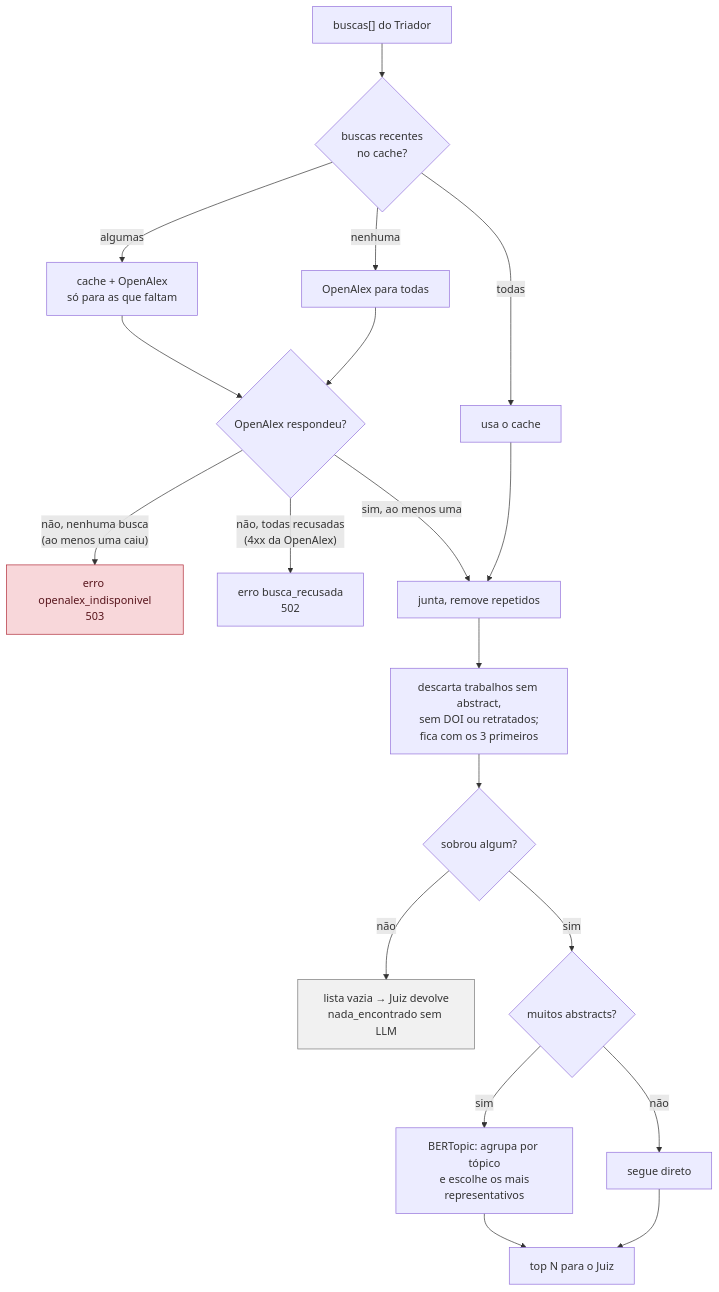
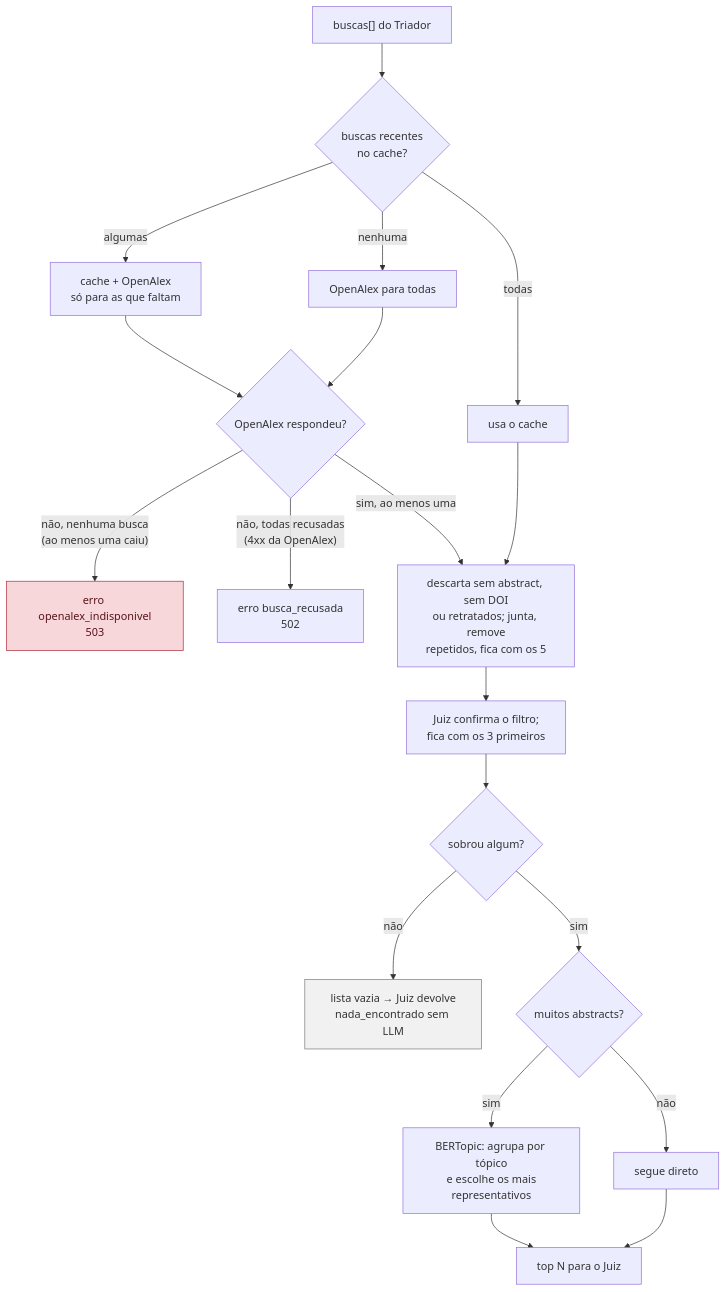
One commit to unb-Sistemas-de-Machine-learning/challenge_1_arial_12 changed diagram 18 of 21 in docs/pages/fluxo_agentes.md. Above: the diagram before and after it, drawn with Mermaid. The commit also changed 4 other files, not shown here.

````diff
--- a/docs/pages/fluxo_agentes.md
+++ b/docs/pages/fluxo_agentes.md
@@ -566,26 +566,26 @@
 ```mermaid
 flowchart TD
     A["buscas[] do Triador"] --> B{"buscas recentes<br/>no cache?"}
     B -- "todas" --> C["usa o cache"]
     B -- "algumas" --> D["cache + OpenAlex<br/>só para as que faltam"]
     B -- "nenhuma" --> E["OpenAlex para todas"]
     D --> F
     E --> F{"OpenAlex respondeu?"}
     F -- "não, nenhuma busca<br/>(ao menos uma caiu)" --> ERR["erro openalex_indisponivel<br/>503"]
     F -- "não, todas recusadas<br/>(4xx da OpenAlex)" --> ERR2["erro busca_recusada<br/>502"]
-    F -- "sim, ao menos uma" --> G["junta, remove repetidos"]
+    F -- "sim, ao menos uma" --> G["descarta sem abstract, sem DOI<br/>ou retratados; junta, remove<br/>repetidos, fica com os 5"]
     C --> G
-    G --> H["descarta trabalhos sem abstract,<br/>sem DOI ou retratados;<br/>fica com os 3 primeiros"]
+    G --> H["Juiz confirma o filtro;<br/>fica com os 3 primeiros"]
     H --> I{"sobrou algum?"}
     I -- não --> V["lista vazia → Juiz devolve<br/>nada_encontrado sem LLM"]
     I -- sim --> J{"muitos abstracts?"}
     J -- sim --> K["BERTopic: agrupa por tópico<br/>e escolhe os mais<br/>representativos"]
     J -- não --> L["segue direto"]
     K --> M["top N para o Juiz"]
     L --> M
 
     classDef err fill:#f8d7da,stroke:#b02a37,color:#58151c
     classDef nd fill:#f1f1f1,stroke:#777,color:#333
     class ERR err
     class V nd
 ```
````
